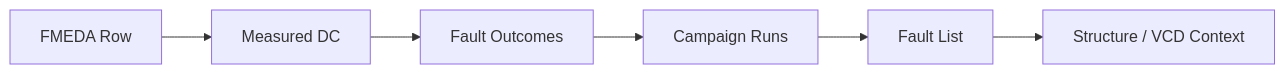
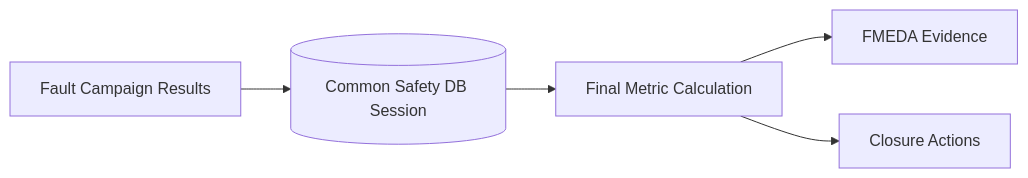
The third of 8 diagrams in articles/14_automotive_safeic_practice_d14_github_en_safety_evidence_package.md (qiqixixi1001/automotive-safeic-practice), drawn with Mermaid before and after one commit. The commit also changed other lines of this file, not shown here.

````diff
--- a/articles/14_automotive_safeic_practice_d14_github_en_safety_evidence_package.md
+++ b/articles/14_automotive_safeic_practice_d14_github_en_safety_evidence_package.md
@@ -420,8 +100,7 @@
 ```mermaid
 flowchart LR
-    A[FMEDA Row] --> B[Measured DC]
-    B --> C[Fault Outcomes]
-    C --> D[Campaign Runs]
-    D --> E[Fault List]
-    E --> F[Structure / VCD Context]
+    A[Fault Campaign Results] --> B[(Common Safety DB Session)]
+    B --> C[Final Metric Calculation]
+    C --> D[FMEDA Evidence]
+    C --> E[Closure Actions]
 ```
````
